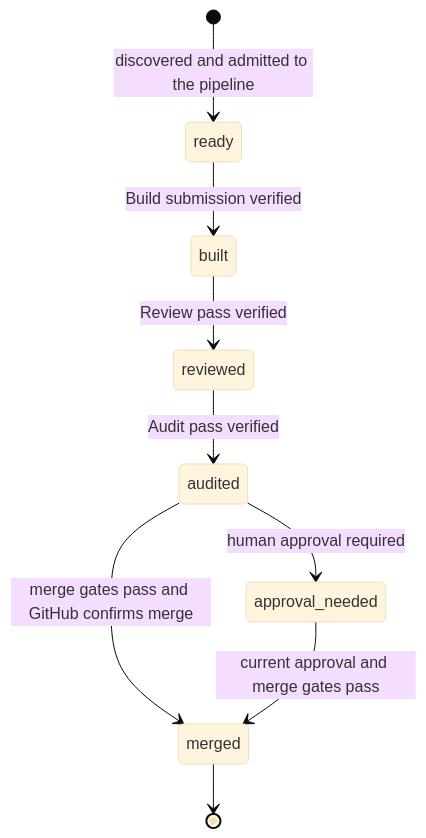
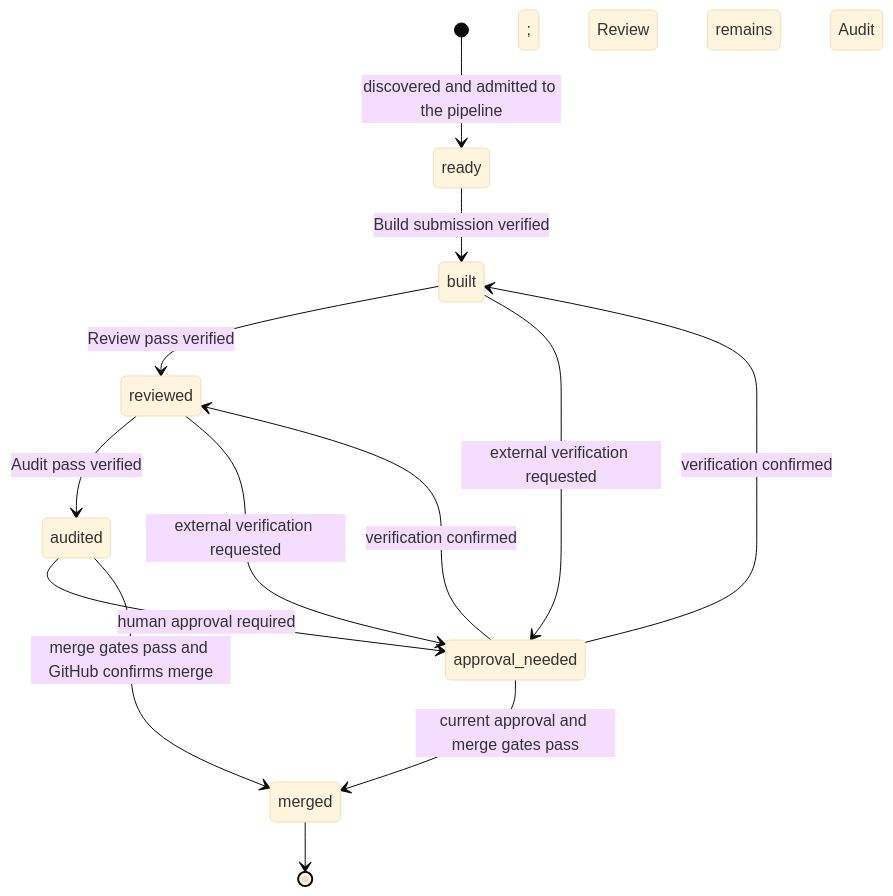
Before and after one commit to XRPL-Commons/forge: the first of 3 diagrams in docs/issue-state-machine.md, drawn with Mermaid (base theme). The commit also changed other lines of this file and 22 other files, not shown here.

Commit message:
Route external verification to candidate-bound approval and CI gates

````diff
--- a/docs/issue-state-machine.md
+++ b/docs/issue-state-machine.md
@@ -75,11 +75,15 @@
 ```mermaid
 stateDiagram-v2
     [*] --> ready: discovered and admitted to the pipeline
     ready --> built: Build submission verified
     built --> reviewed: Review pass verified
     reviewed --> audited: Audit pass verified
     audited --> approval_needed: human approval required
+    built --> approval_needed: external verification requested
+    reviewed --> approval_needed: external verification requested
+    approval_needed --> built: verification confirmed; Review remains
+    approval_needed --> reviewed: verification confirmed; Audit remains
     audited --> merged: merge gates pass and GitHub confirms merge
     approval_needed --> merged: current approval and merge gates pass
     merged --> [*]
 ```
````
